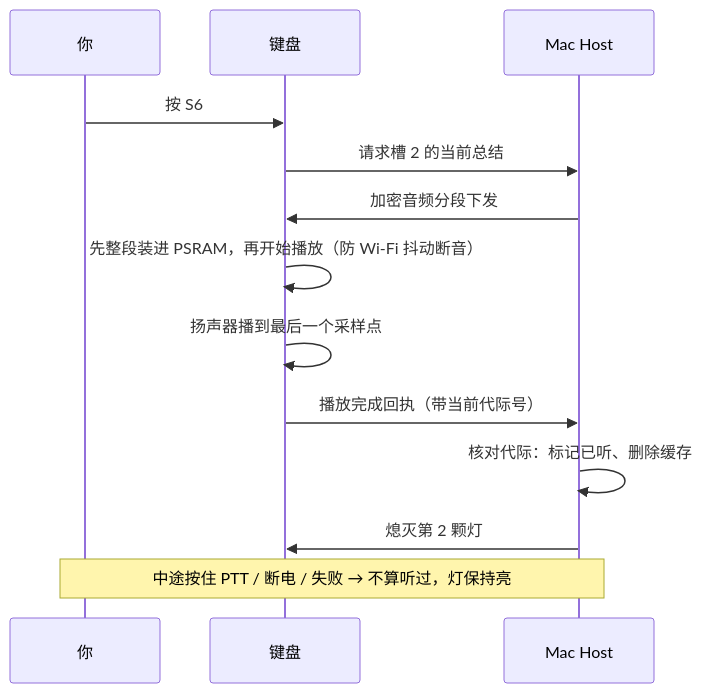
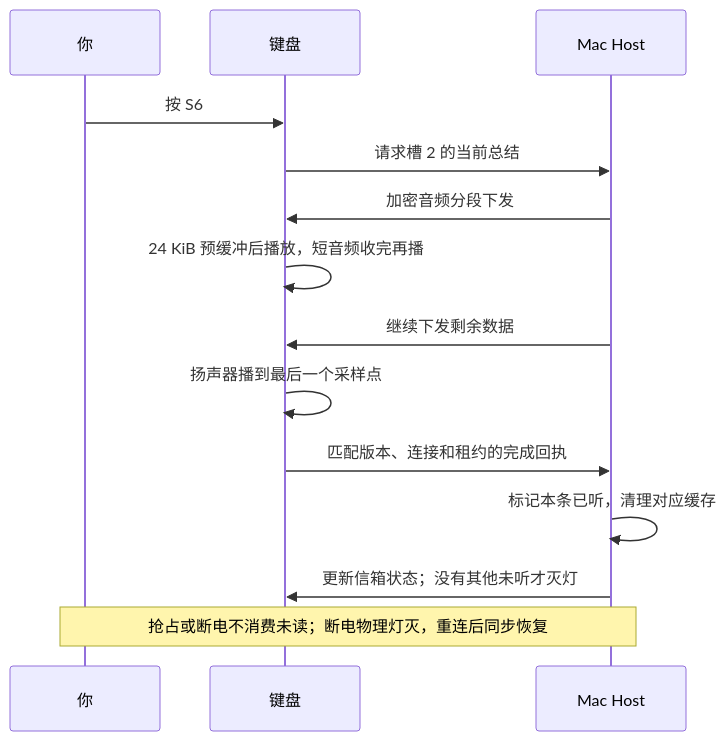
One commit to Larkspur-Wang/Codex_Keyboard changed the diagram in projects/feishu_tutorial_20260817/boards/wb10_播放回执.mmd. Above: the diagram before and after it, drawn with Mermaid. The commit also changed 87 other files, not shown here.

```diff
--- a/projects/feishu_tutorial_20260817/boards/wb10_播放回执.mmd
+++ b/projects/feishu_tutorial_20260817/boards/wb10_播放回执.mmd
@@ -1,13 +1,14 @@
 sequenceDiagram
     participant U as 你
     participant K as 键盘
     participant H as Mac Host
     U->>K: 按 S6
     K->>H: 请求槽 2 的当前总结
     H->>K: 加密音频分段下发
-    K->>K: 先整段装进 PSRAM，再开始播放（防 Wi-Fi 抖动断音）
+    K->>K: 24 KiB 预缓冲后播放，短音频收完再播
+    H->>K: 继续下发剩余数据
     K->>K: 扬声器播到最后一个采样点
-    K->>H: 播放完成回执（带当前代际号）
-    H->>H: 核对代际：标记已听、删除缓存
-    H->>K: 熄灭第 2 颗灯
-    Note over U,H: 中途按住 PTT / 断电 / 失败 → 不算听过，灯保持亮
+    K->>H: 匹配版本、连接和租约的完成回执
+    H->>H: 标记本条已听，清理对应缓存
+    H->>K: 更新信箱状态；没有其他未听才灭灯
+    Note over U,H: 抢占或断电不消费未读；断电物理灯灭，重连后同步恢复
```
